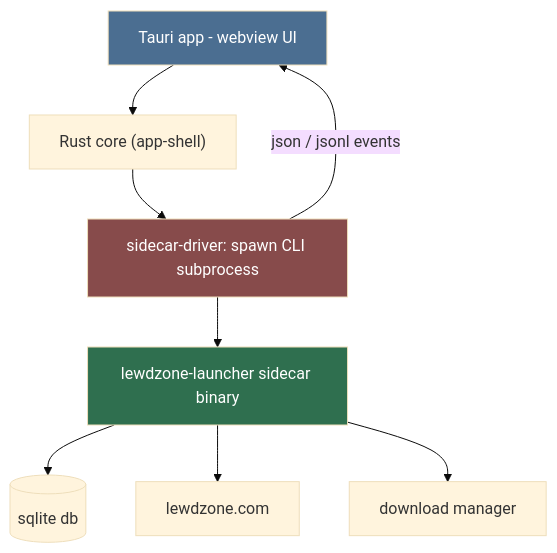
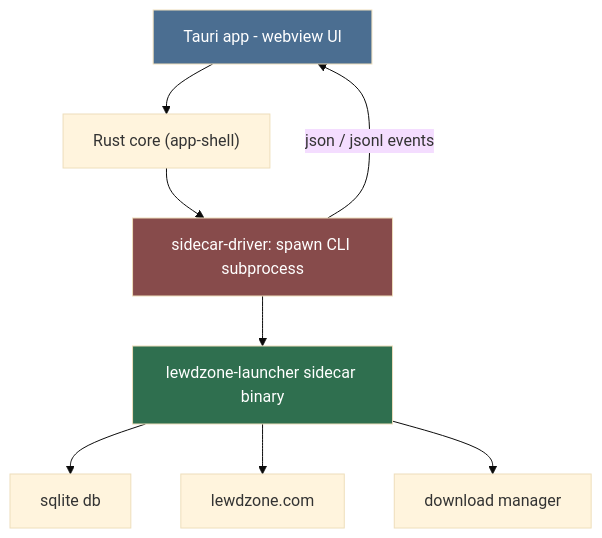
One commit to HELIX-Origin/LewdZone-Launcher changed the first of 3 diagrams in .agents/agents/gui/gui.md. Above: the diagram before and after it, drawn with Mermaid (base theme). The commit also changed other lines of this file and 35 other files, not shown here.

First line of the commit message:
🎨 fix(agents): make all mermaid diagrams Rule 09 compliant

````diff
--- a/.agents/agents/gui/gui.md
+++ b/.agents/agents/gui/gui.md
@@ -37,14 +37,14 @@
 ```mermaid
 flowchart TD
     APP["Tauri app - webview UI"] --> SH["Rust core (app-shell)"]
     SH --> SD["sidecar-driver: spawn CLI subprocess"]
     SD --> CLI["lewdzone-launcher sidecar binary"]
-    CLI --> SQL[("sqlite db")]
+    CLI --> SQL[""sqlite db""]
     CLI --> SITE["lewdzone.com"]
     CLI --> DM["download manager"]
     SD -->|"json / jsonl events"| APP
 
     style APP fill:#4b6e91,color:#fff
     style CLI fill:#2f6f4f,color:#fff
     style SD fill:#874b4b,color:#fff
 ```
````
